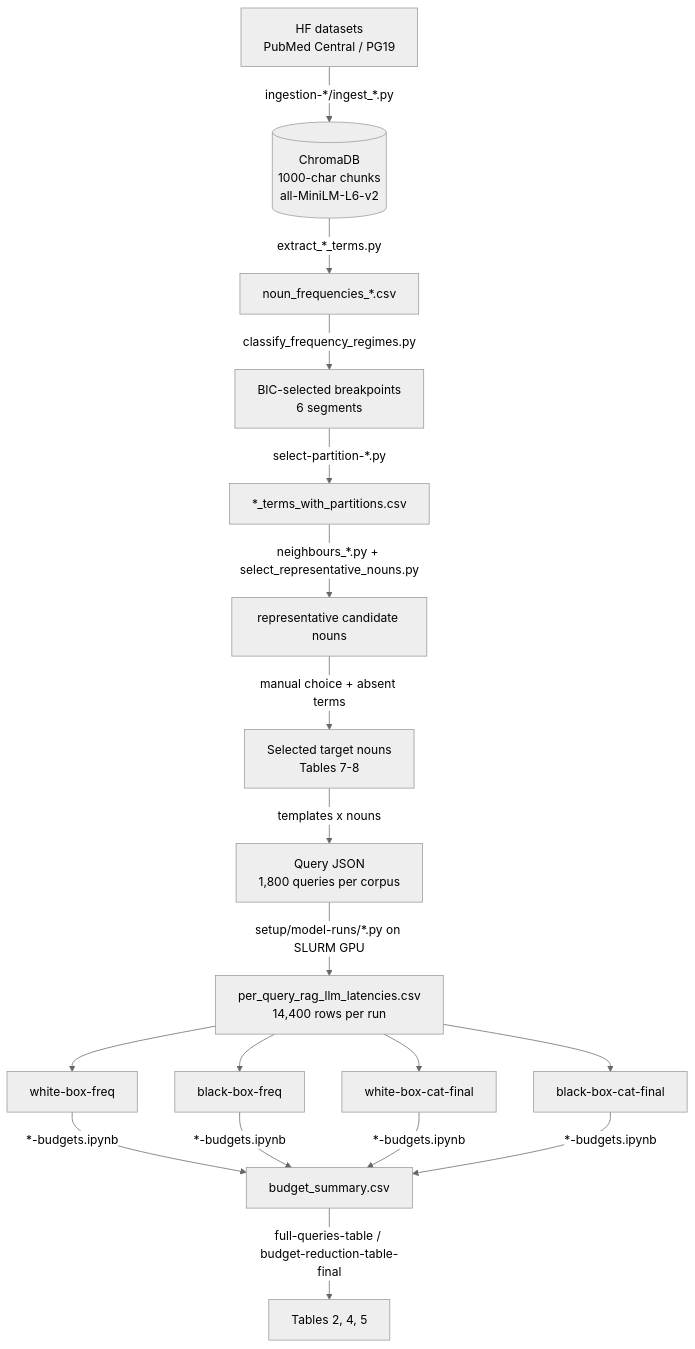
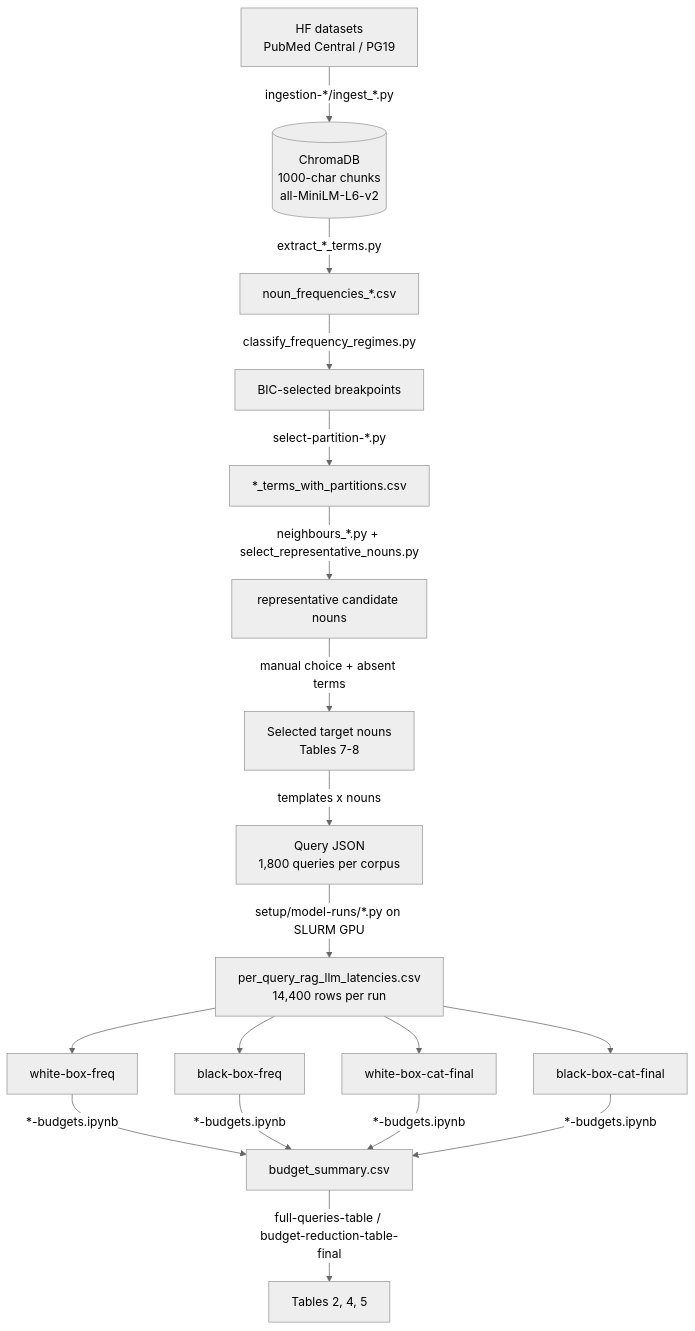
One commit to marina-buitrago/Timing-Attacks-RAG-Edge-LLMs changed the diagram in README.md. Above: the diagram before and after it, drawn with Mermaid (neutral theme). The commit also changed other lines of this file and 2 other files, not shown here.

````diff
--- a/README.md
+++ b/README.md
@@ -87,17 +79,17 @@
 ```mermaid
 flowchart TD
     A[HF datasets<br/>PubMed Central / PG19] -->|ingestion-*/ingest_*.py| B[(ChromaDB<br/>1000-char chunks<br/>all-MiniLM-L6-v2)]
     B -->|extract_*_terms.py| C[noun_frequencies_*.csv]
-    C -->|classify_frequency_regimes.py| D[BIC-selected breakpoints<br/>6 segments]
+    C -->|classify_frequency_regimes.py| D[BIC-selected breakpoints<br/>]
     D -->|select-partition-*.py| E[*_terms_with_partitions.csv]
     E -->|neighbours_*.py + select_representative_nouns.py| F[representative candidate nouns]
     F -->|manual choice + absent terms| G[Selected target nouns<br/>Tables 7-8]
     G -->|templates x nouns| H[Query JSON<br/>1,800 queries per corpus]
     H -->|setup/model-runs/*.py on SLURM GPU| I[per_query_rag_llm_latencies.csv<br/>14,400 rows per run]
     I --> J1[white-box-freq]
     I --> J2[black-box-freq]
     I --> J3[white-box-cat-final]
     I --> J4[black-box-cat-final]
     J1 & J2 & J3 & J4 -->|*-budgets.ipynb| K[budget_summary.csv]
     K -->|full-queries-table / budget-reduction-table-final| L[Tables 2, 4, 5]
 ```
````
